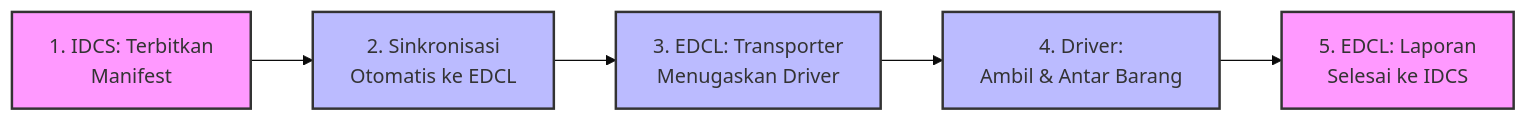
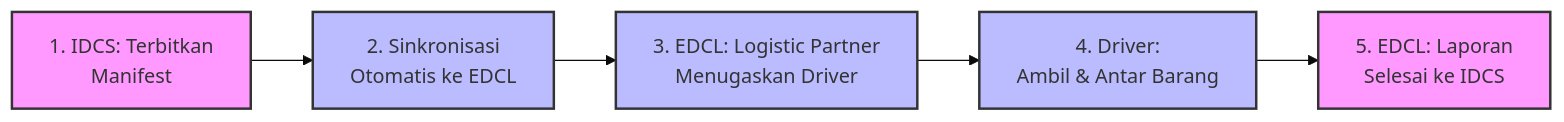
The first of 3 diagrams in docs/bisnis-proses/pengiriman-manifest.md (odealidj/minione-edcl-net), drawn with Mermaid (base theme) before and after one commit. The commit also changed other lines of this file and 119 other files, not shown here.

Commit message:
docs: update logical-data-model to reflect LogisticPartner and Route additions

````diff
--- a/docs/bisnis-proses/pengiriman-manifest.md
+++ b/docs/bisnis-proses/pengiriman-manifest.md
@@ -21,13 +21,13 @@
 ```mermaid
 flowchart LR
     A[1. IDCS: Terbitkan\nManifest] --> B[2. Sinkronisasi\nOtomatis ke EDCL]
-    B --> C[3. EDCL: Transporter\nMenugaskan Driver]
+    B --> C[3. EDCL: Logistic Partner\nMenugaskan Driver]
     C --> D[4. Driver:\nAmbil & Antar Barang]
     D --> E[5. EDCL: Laporan\nSelesai ke IDCS]
     
     style A fill:#f9f,stroke:#333,stroke-width:2px
     style E fill:#f9f,stroke:#333,stroke-width:2px
     style B fill:#bbf,stroke:#333,stroke-width:2px
     style C fill:#bbf,stroke:#333,stroke-width:2px
     style D fill:#bbf,stroke:#333,stroke-width:2px
 ```
````
